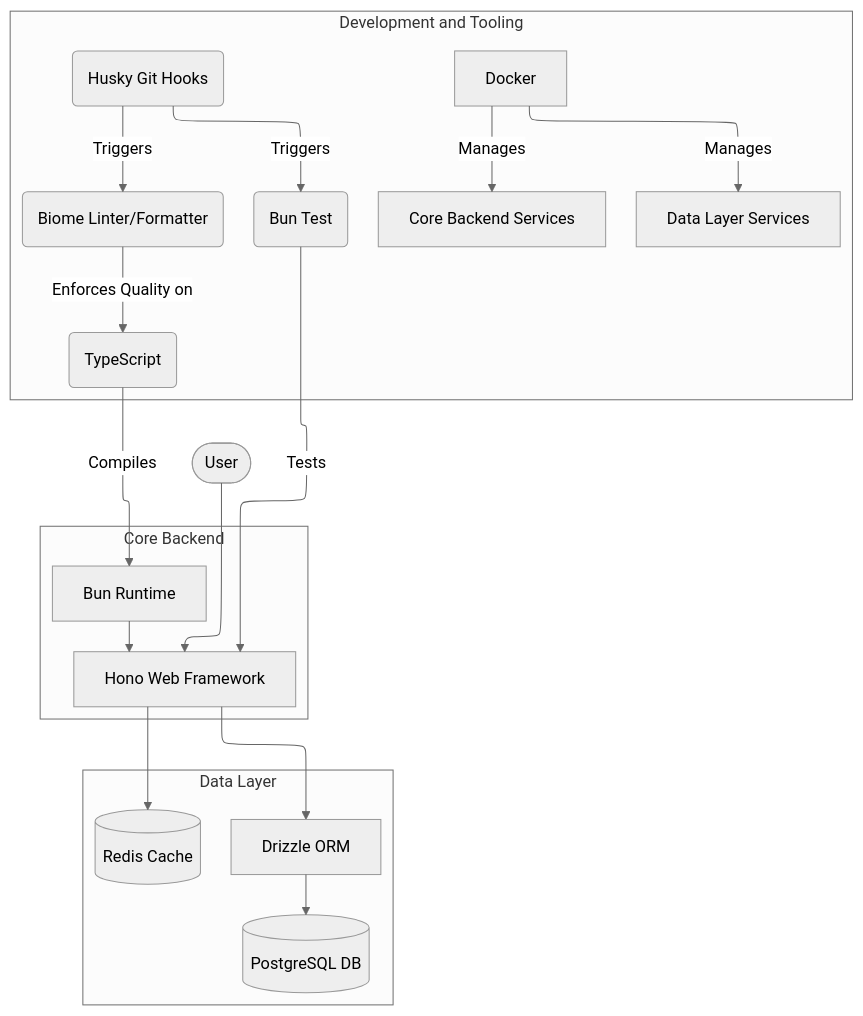
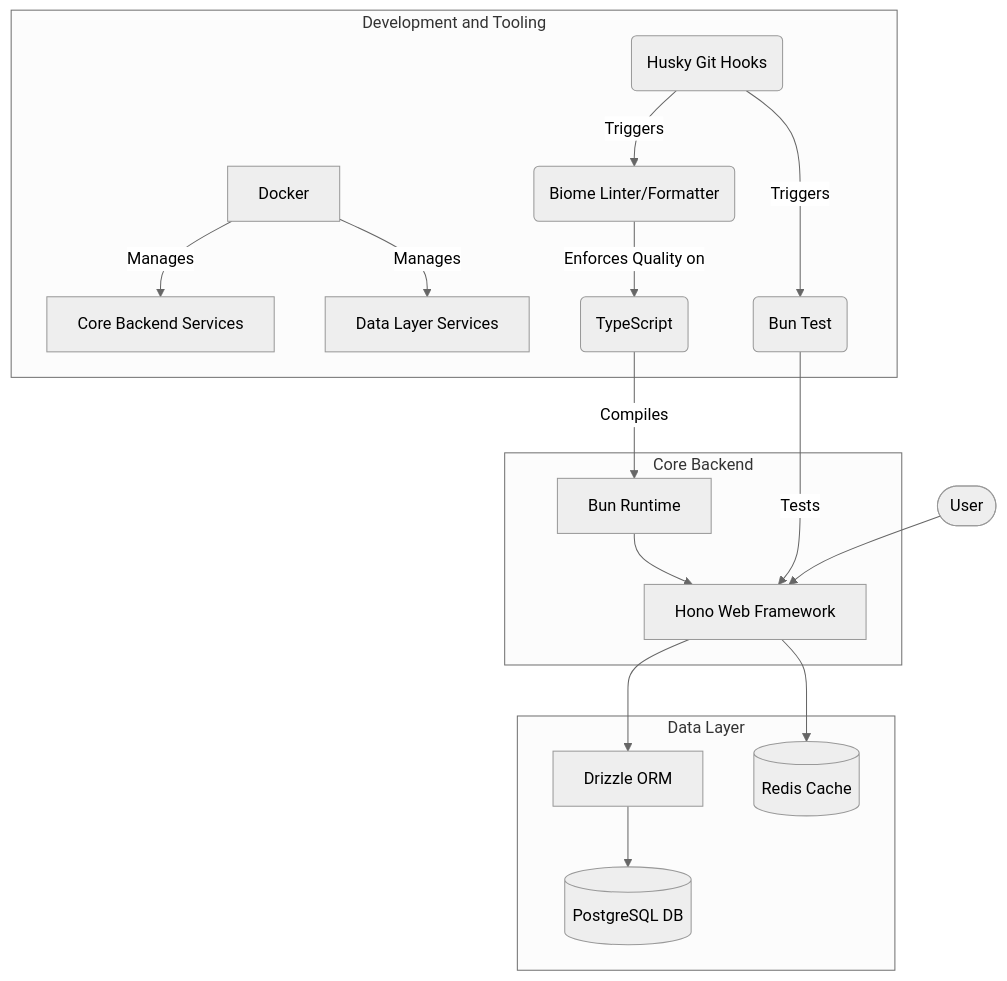
Before and after one commit to masmuss/khoirul.site: the diagram in src/content/post/notes/weekend-projects/elibrary-api.md, drawn with Mermaid (neutral theme). The commit also changed 2 other files, not shown here.

Commit message:
fix: remove unused @mermaid-js/layout-elk dependency and clean up elibrary-api.md

````diff
--- a/src/content/post/notes/weekend-projects/elibrary-api.md
+++ b/src/content/post/notes/weekend-projects/elibrary-api.md
@@ -12,25 +12,21 @@
 ```mermaid
----
-config:
-    layout: elk
----
 graph TD;
     subgraph Core Backend
         Bun[Bun Runtime] --> Hono[Hono Web Framework];
     end
     subgraph Data Layer
         Drizzle[Drizzle ORM] --> PostgreSQL[(PostgreSQL DB)];
         Hono --> Drizzle;
         Hono --> Redis[(Redis Cache)];
     end
     subgraph Development and Tooling
         Docker[Docker] -- Manages --> CoreBackend[Core Backend Services];
         Docker -- Manages --> DataLayer[Data Layer Services];
         TypeScript(TypeScript) -- Compiles --> Bun;
         BunTest(Bun Test) -- Tests --> Hono;
         Biome(Biome Linter/Formatter) -- Enforces Quality on --> TypeScript;
         Husky(Husky Git Hooks) -- Triggers --> BunTest;
         Husky -- Triggers --> Biome;
     end
     User([User]) --> Hono;
 ```
````
